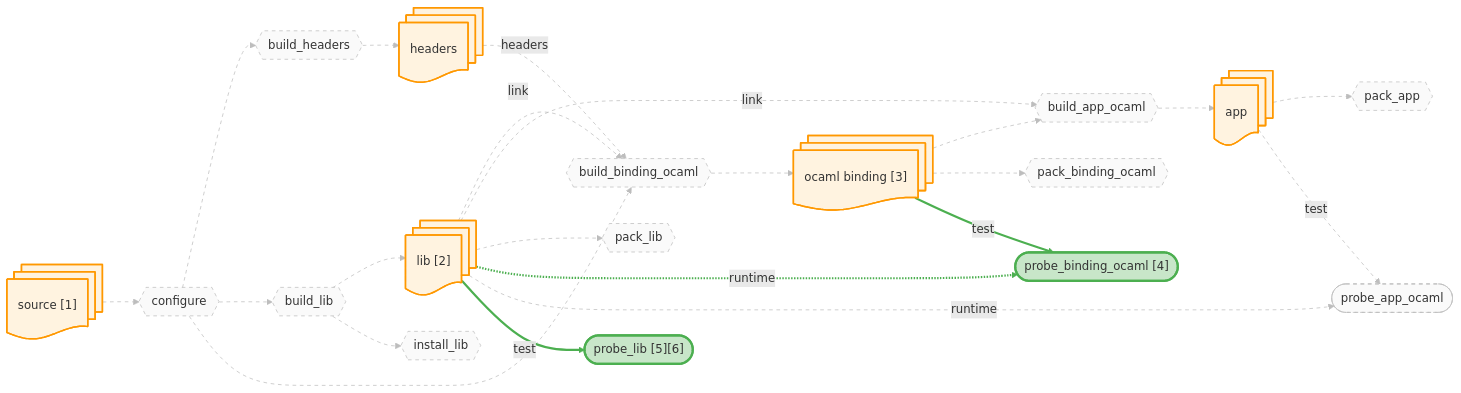
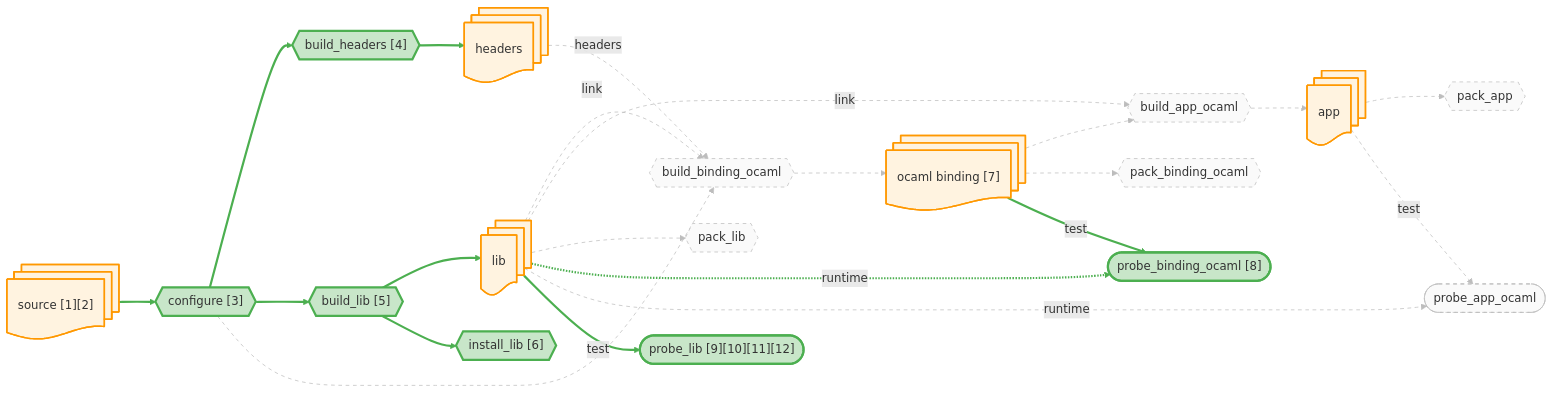
One commit to JHU-PL-Lab/tola changed the diagram in docs/canary/projects/z3/-run/diagrams/all.mmd. Above: the diagram before and after it, drawn with Mermaid. The commit also changed 231 other files, not shown here.

```diff
--- a/docs/canary/projects/z3/-run/diagrams/all.mmd
+++ b/docs/canary/projects/z3/-run/diagrams/all.mmd
@@ -1,84 +1,84 @@
 graph LR
-    source_node@{ shape: docs, label: "source [1]" }
+    source_node@{ shape: docs, label: "source [1][2]" }
     headers_node@{ shape: docs, label: "headers" }
-    lib_node@{ shape: docs, label: "lib [2]" }
+    lib_node@{ shape: docs, label: "lib" }
     app_node@{ shape: docs, label: "app" }
-    ocaml_binding_node@{ shape: docs, label: "ocaml binding [3]" }
+    ocaml_binding_node@{ shape: docs, label: "ocaml binding [7]" }
 
-    A_configure{{"configure"}}
-    A_build_headers{{"build_headers"}}
-    A_build_lib{{"build_lib"}}
+    A_configure{{"configure [3]"}}
+    A_build_headers{{"build_headers [4]"}}
+    A_build_lib{{"build_lib [5]"}}
     A_build_binding_ocaml{{"build_binding_ocaml"}}
     A_build_app_ocaml{{"build_app_ocaml"}}
-    A_install_lib{{"install_lib"}}
+    A_install_lib{{"install_lib [6]"}}
     A_pack_binding_ocaml{{"pack_binding_ocaml"}}
     A_pack_lib{{"pack_lib"}}
     A_pack_app{{"pack_app"}}
-    A_probe_binding_ocaml(["probe_binding_ocaml [4]"])
+    A_probe_binding_ocaml(["probe_binding_ocaml [8]"])
     A_probe_app_ocaml(["probe_app_ocaml"])
-    A_probe_lib(["probe_lib [5][6]"])
+    A_probe_lib(["probe_lib [9][10][11][12]"])
 
     source_node --> A_configure
     A_configure --> A_build_headers
     A_build_headers --> headers_node
     A_configure --> A_build_lib
     A_build_lib --> lib_node
     A_configure --> A_build_binding_ocaml
     headers_node -.->|headers| A_build_binding_ocaml
     lib_node -.->|link| A_build_binding_ocaml
     A_build_binding_ocaml --> ocaml_binding_node
     ocaml_binding_node --> A_build_app_ocaml
     lib_node -.->|link| A_build_app_ocaml
     A_build_app_ocaml --> app_node
     A_build_lib --> A_install_lib
     ocaml_binding_node --> A_pack_binding_ocaml
     lib_node --> A_pack_lib
     app_node --> A_pack_app
     ocaml_binding_node -->|test| A_probe_binding_ocaml
     lib_node -.->|runtime| A_probe_binding_ocaml
     app_node -->|test| A_probe_app_ocaml
     lib_node -.->|runtime| A_probe_app_ocaml
     lib_node -->|test| A_probe_lib
 
     classDef artifact fill:#fff3e0,stroke:#ff9800,stroke-width:2px
     classDef action fill:#f3e5f5,stroke:#9c27b0,stroke-width:2px
     classDef st_done fill:#c8e6c9,stroke:#4caf50,stroke-width:3px
     classDef st_done_ctx fill:#e8f5e9,stroke:#a5d6a7,stroke-width:1.5px
     classDef st_expected_fail fill:#fff9c4,stroke:#f9a825,stroke-width:2px
     classDef st_failed fill:#ffcdd2,stroke:#c62828,stroke-width:2px
     classDef st_skipped fill:#f5f5f5,stroke:#9e9e9e,stroke-dasharray:5
     classDef st_nospec fill:#fafafa,stroke:#bdbdbd,stroke-dasharray:5
     class source_node,headers_node,lib_node,app_node,ocaml_binding_node artifact
-    class A_configure st_nospec
-    class A_build_headers st_nospec
-    class A_build_lib st_nospec
+    class A_configure st_done
+    class A_build_headers st_done
+    class A_build_lib st_done
     class A_build_binding_ocaml st_nospec
     class A_build_app_ocaml st_nospec
-    class A_install_lib st_nospec
+    class A_install_lib st_done
     class A_pack_binding_ocaml st_nospec
     class A_pack_lib st_nospec
     class A_pack_app st_nospec
     class A_probe_binding_ocaml st_done
     class A_probe_app_ocaml st_nospec
     class A_probe_lib st_done
-    linkStyle 0 stroke:#bdbdbd,stroke-width:1px,stroke-dasharray:5
-    linkStyle 1 stroke:#bdbdbd,stroke-width:1px,stroke-dasharray:5
-    linkStyle 2 stroke:#bdbdbd,stroke-width:1px,stroke-dasharray:5
-    linkStyle 3 stroke:#bdbdbd,stroke-width:1px,stroke-dasharray:5
-    linkStyle 4 stroke:#bdbdbd,stroke-width:1px,stroke-dasharray:5
+    linkStyle 0 stroke:#4caf50,stroke-width:3px
+    linkStyle 1 stroke:#4caf50,stroke-width:3px
+    linkStyle 2 stroke:#4caf50,stroke-width:3px
+    linkStyle 3 stroke:#4caf50,stroke-width:3px
+    linkStyle 4 stroke:#4caf50,stroke-width:3px
     linkStyle 5 stroke:#bdbdbd,stroke-width:1px,stroke-dasharray:5
     linkStyle 6 stroke:#bdbdbd,stroke-width:1px,stroke-dasharray:5
     linkStyle 7 stroke:#bdbdbd,stroke-width:1px,stroke-dasharray:5
     linkStyle 8 stroke:#bdbdbd,stroke-width:1px,stroke-dasharray:5
     linkStyle 9 stroke:#bdbdbd,stroke-width:1px,stroke-dasharray:5
     linkStyle 10 stroke:#bdbdbd,stroke-width:1px,stroke-dasharray:5
     linkStyle 11 stroke:#bdbdbd,stroke-width:1px,stroke-dasharray:5
-    linkStyle 12 stroke:#bdbdbd,stroke-width:1px,stroke-dasharray:5
+    linkStyle 12 stroke:#4caf50,stroke-width:3px
     linkStyle 13 stroke:#bdbdbd,stroke-width:1px,stroke-dasharray:5
     linkStyle 14 stroke:#bdbdbd,stroke-width:1px,stroke-dasharray:5
     linkStyle 15 stroke:#bdbdbd,stroke-width:1px,stroke-dasharray:5
     linkStyle 16 stroke:#4caf50,stroke-width:3px
     linkStyle 17 stroke:#4caf50,stroke-width:3px
     linkStyle 18 stroke:#bdbdbd,stroke-width:1px,stroke-dasharray:5
     linkStyle 19 stroke:#bdbdbd,stroke-width:1px,stroke-dasharray:5
     linkStyle 20 stroke:#4caf50,stroke-width:3px
```
